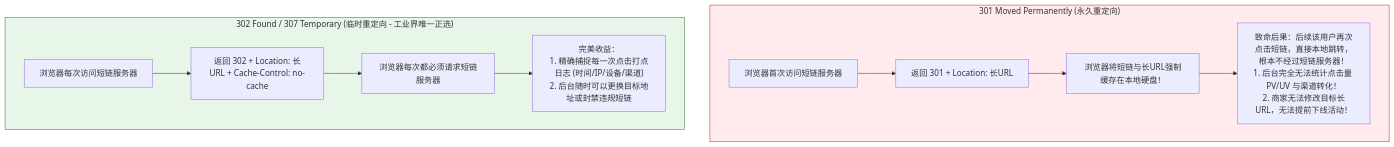
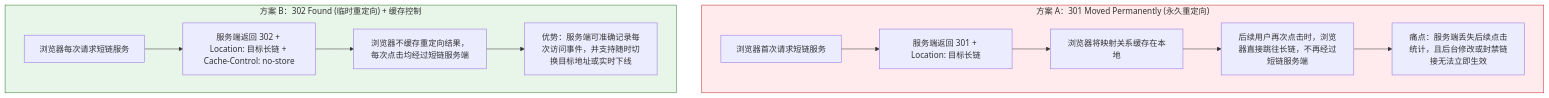
Before and after one commit to GuoWWWX/knowledge-base: the first of 3 diagrams in 20-Java后端/08-系统设计/05-短链系统设计.md, drawn with Mermaid. The commit also changed other lines of this file and 251 other files, not shown here.

````diff
--- a/20-Java后端/08-系统设计/05-短链系统设计.md
+++ b/20-Java后端/08-系统设计/05-短链系统设计.md
@@ -41,17 +43,18 @@
 ```mermaid
-graph TD
-    subgraph S301["301 Moved Permanently (永久重定向)"]
-        A1["浏览器首次访问短链服务器"] --> A2["返回 301 + Location: 长URL"]
-        A2 --> A3["浏览器将短链与长URL强制缓存在本地硬盘！"]
-        A3 --> A4["致命后果：后续该用户再次点击短链，直接本地跳转，根本不经过短链服务器！<br/>1. 后台完全无法统计点击量 PV/UV 与渠道转化！<br/>2. 商家无法修改目标长URL，无法提前下线活动！"]
+flowchart TD
+    subgraph S301["方案 A：301 Moved Permanently (永久重定向)"]
+        A1["浏览器首次请求短链服务"] --> A2["服务端返回 301 + Location: 目标长链"]
+        A2 --> A3["浏览器将映射关系缓存在本地"]
+        A3 --> A4["后续用户再次点击时，浏览器直接跳往长链，不再经过短链服务端"]
+        A4 --> A5["痛点：服务端丢失后续点击统计，且后台修改或封禁链接无法立即生效"]
     end
 
-    subgraph S302["302 Found / 307 Temporary (临时重定向 - 工业界唯一正选)"]
-        B1["浏览器每次访问短链服务器"] --> B2["返回 302 + Location: 长URL + Cache-Control: no-cache"]
-        B2 --> B3["浏览器每次都必须请求短链服务器"]
-        B3 --> B4["完美收益：<br/>1. 精确捕捉每一次点击打点日志 (时间/IP/设备/渠道)<br/>2. 后台随时可以更换目标地址或封禁违规短链"]
+    subgraph S302["方案 B：302 Found (临时重定向) + 缓存控制"]
+        B1["浏览器每次请求短链服务"] --> B2["服务端返回 302 + Location: 目标长链 + Cache-Control: no-store"]
+        B2 --> B3["浏览器不缓存重定向结果，每次点击均经过短链服务端"]
+        B3 --> B4["优势：服务端可准确记录每次访问事件，并支持随时切换目标地址或实时下线"]
     end
 
     style S301 fill:#ffebee,stroke:#c62828,stroke-width:1px
     style S302 fill:#e8f5e9,stroke:#2e7d32,stroke-width:1px
 ```
````
